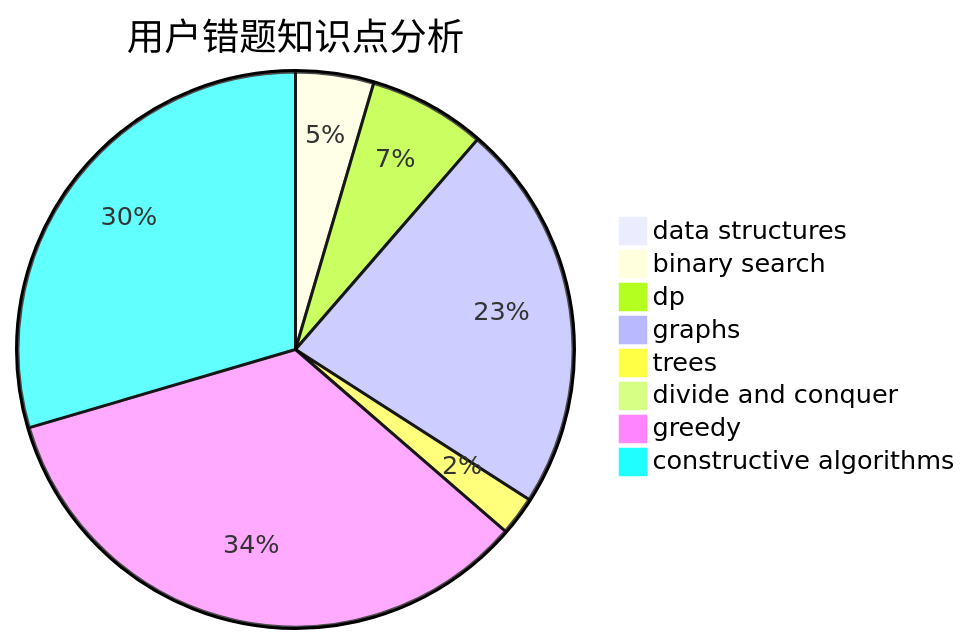
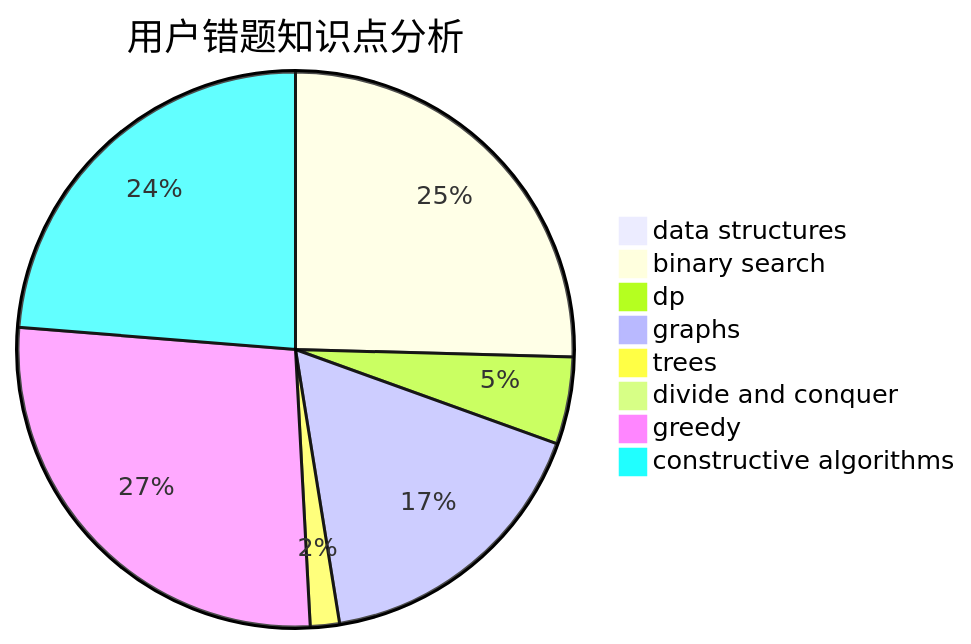
Before and after one commit to sherpahu/cfrs.github.io: the third of 3 diagrams in docs/user/u494.md, drawn with Mermaid. The commit also changed other lines of this file and 2770 other files, not shown here.

````diff
--- a/docs/user/u494.md
+++ b/docs/user/u494.md
@@ -36,11 +36,11 @@
 ```mermaid
 pie title 用户错题知识点分析
     "data structures" :  0
-    "binary search" :  2
+    "binary search" :  15
     "dp" :  3
     "graphs" :  10
     "trees" :  1
     "divide and conquer" :  0
-    "greedy" :  15
-    "constructive algorithms" :  13
+    "greedy" :  16
+    "constructive algorithms" :  14
 ```
````
